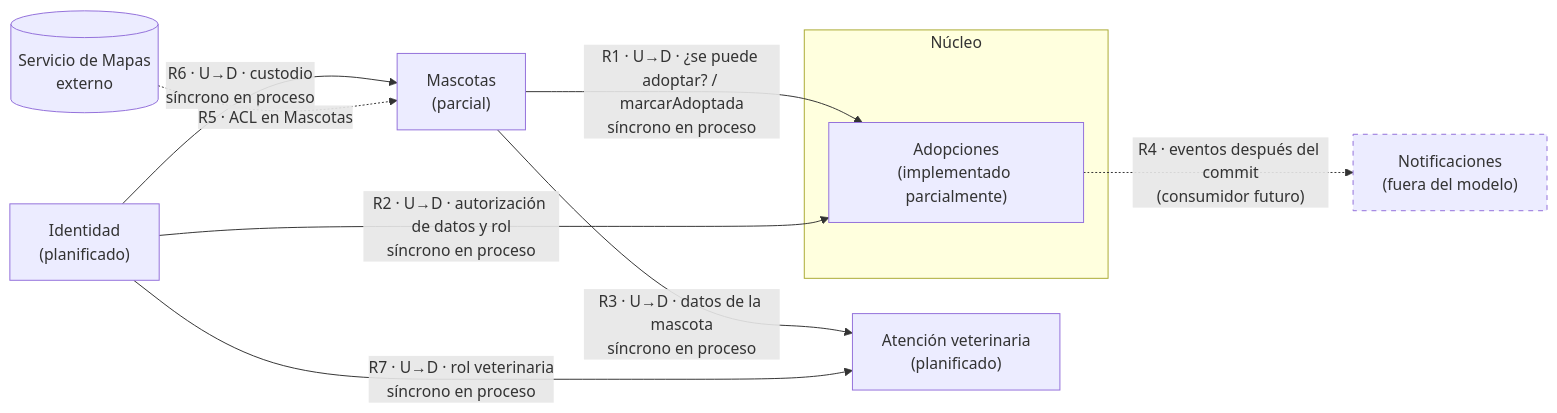
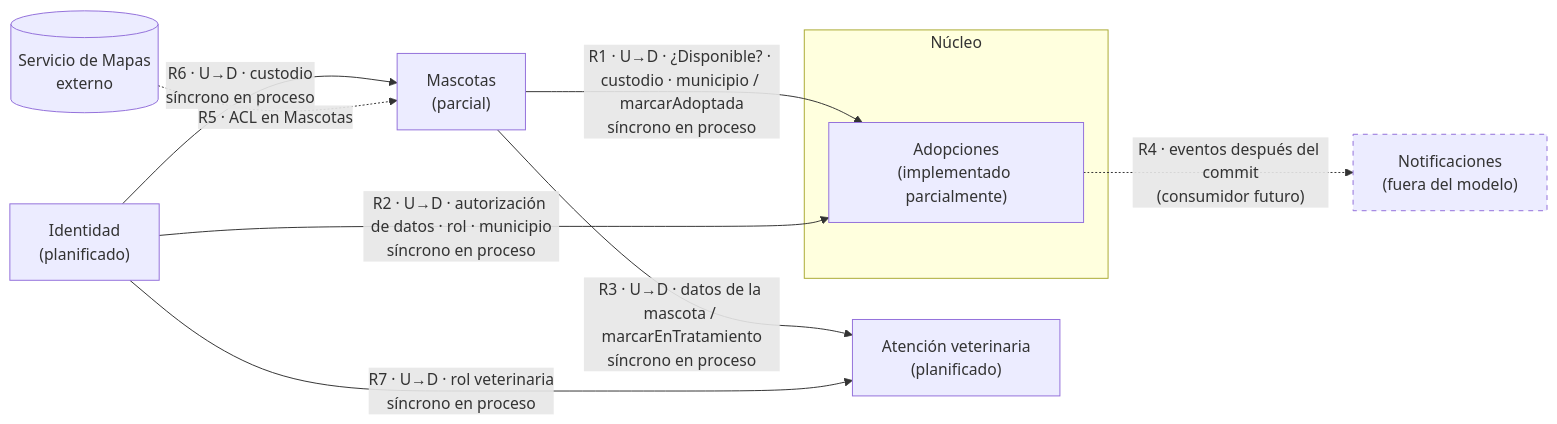
One commit to Charry21/PatitasUrbanas changed the diagram in docs/dominio/responsabilidades-contextos.md. Above: the diagram before and after it, drawn with Mermaid. The commit also changed other lines of this file and 6 other files, not shown here.

````diff
--- a/docs/dominio/responsabilidades-contextos.md
+++ b/docs/dominio/responsabilidades-contextos.md
@@ -94,21 +94,21 @@
 ```mermaid
 flowchart LR
   subgraph CORE["Núcleo"]
     ADO["Adopciones<br/>(implementado parcialmente)"]
   end
   MAS["Mascotas<br/>(parcial)"]
   VET["Atención veterinaria<br/>(planificado)"]
   IDE["Identidad<br/>(planificado)"]
   NOT["Notificaciones<br/>(fuera del modelo)"]
   MAPS[("Servicio de Mapas<br/>externo")]
 
-  MAS -- "R1 · U→D · ¿se puede adoptar? / marcarAdoptada<br/>síncrono en proceso" --> ADO
-  IDE -- "R2 · U→D · autorización de datos y rol<br/>síncrono en proceso" --> ADO
-  MAS -- "R3 · U→D · datos de la mascota<br/>síncrono en proceso" --> VET
+  MAS -- "R1 · U→D · ¿Disponible? · custodio · municipio / marcarAdoptada<br/>síncrono en proceso" --> ADO
+  IDE -- "R2 · U→D · autorización de datos · rol · municipio<br/>síncrono en proceso" --> ADO
+  MAS -- "R3 · U→D · datos de la mascota / marcarEnTratamiento<br/>síncrono en proceso" --> VET
   IDE -- "R6 · U→D · custodio<br/>síncrono en proceso" --> MAS
   IDE -- "R7 · U→D · rol veterinaria<br/>síncrono en proceso" --> VET
   ADO -. "R4 · eventos después del commit<br/>(consumidor futuro)" .-> NOT
   MAPS -. "R5 · ACL en Mascotas" .-> MAS
 
   style NOT stroke-dasharray: 5 5
 ```
````
